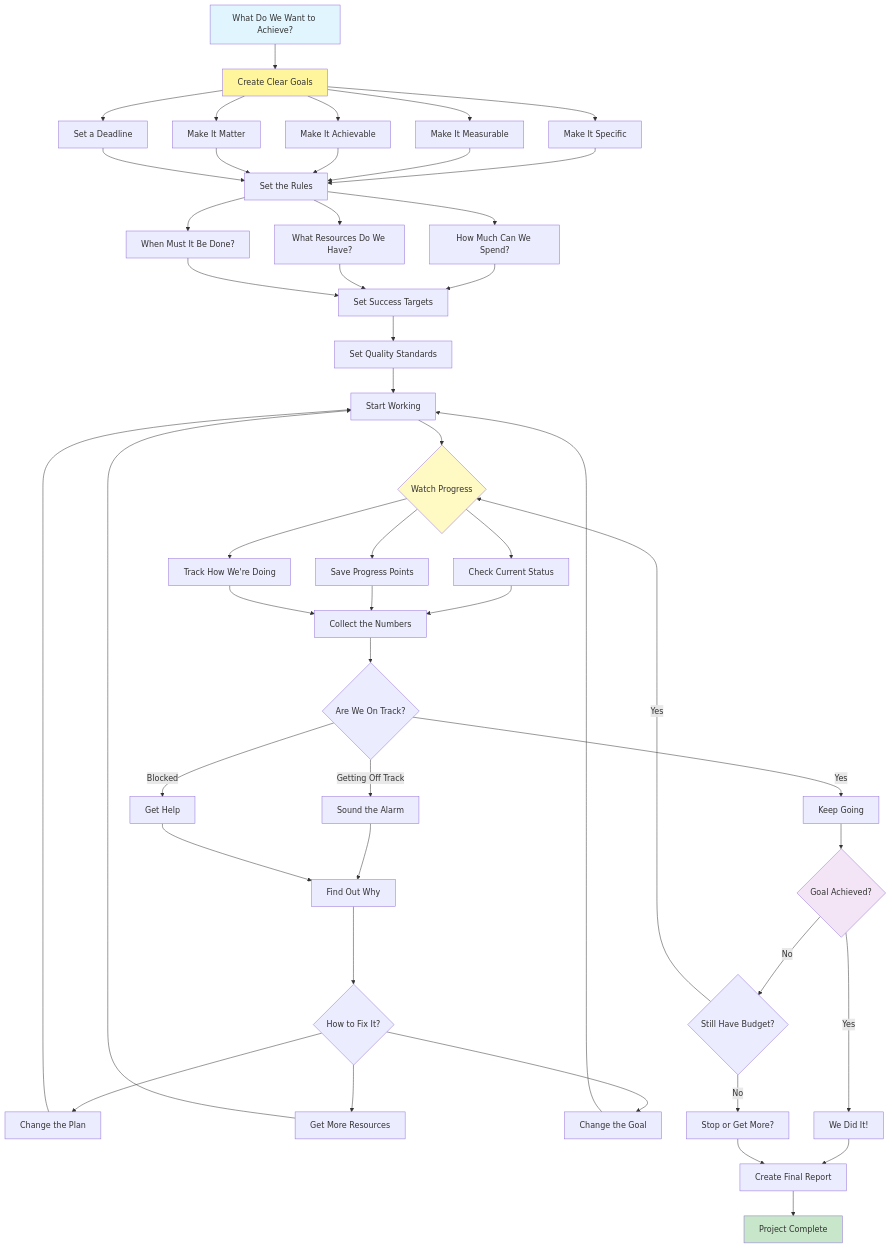
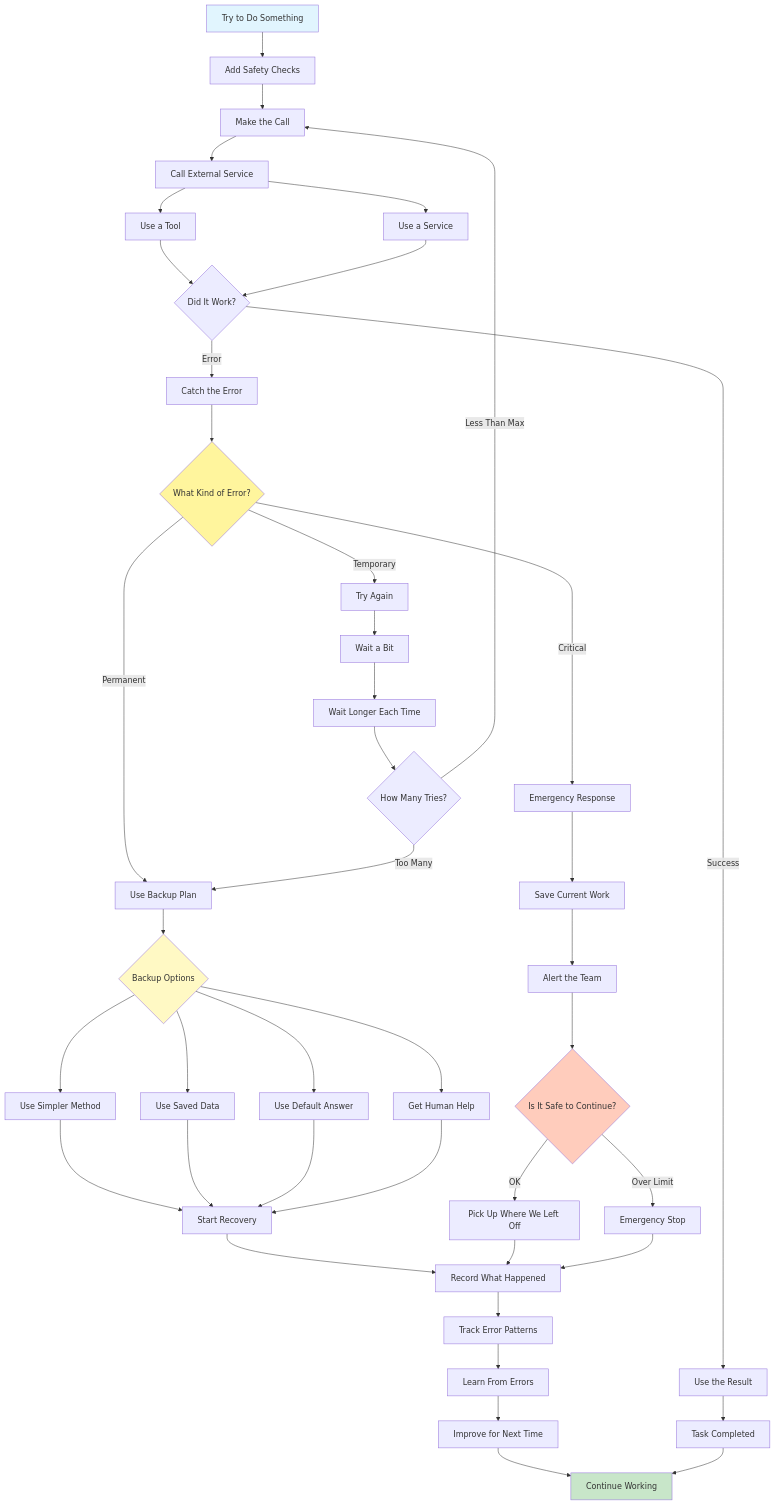
The diagram in diagram.mmd (Adrian-patrick/agentic-ai-design-patterns), drawn with Mermaid before and after one commit. The commit also changed 11 other files, not shown here.

```diff
--- a/diagram.mmd
+++ b/diagram.mmd
@@ -1,72 +1,64 @@
 graph TD
-    Start[What Do We Want to Achieve?] --> Create[Create Clear Goals]
+    Start[Try to Do Something] --> Wrap[Add Safety Checks]
     
-    Create --> Specific[Make It Specific]
-    Create --> Measurable[Make It Measurable]
-    Create --> Achievable[Make It Achievable]
-    Create --> Relevant[Make It Matter]
-    Create --> TimeBound[Set a Deadline]
+    Wrap --> Call[Make the Call]
+    Call --> External[Call External Service]
+    External --> Tool[Use a Tool]
+    External --> Service[Use a Service]
     
-    Specific --> Rules[Set the Rules]
-    Measurable --> Rules
-    Achievable --> Rules
-    Relevant --> Rules
-    TimeBound --> Rules
+    Tool --> Result{Did It Work?}
+    Service --> Result
     
-    Rules --> Budget[How Much Can We Spend?]
-    Rules --> Resources[What Resources Do We Have?]
-    Rules --> Deadline[When Must It Be Done?]
+    Result -->|Success| Process[Use the Result]
+    Result -->|Error| Catch[Catch the Error]
     
-    Budget --> Targets[Set Success Targets]
-    Resources --> Targets
-    Deadline --> Targets
+    Catch --> WhatKind{What Kind of Error?}
     
-    Targets --> Quality[Set Quality Standards]
-    Quality --> Start_Work[Start Working]
+    WhatKind -->|Temporary| Retry[Try Again]
+    WhatKind -->|Permanent| Backup[Use Backup Plan]
+    WhatKind -->|Critical| Emergency[Emergency Response]
     
-    Start_Work --> Watch{Watch Progress}
+    Retry --> Wait[Wait a Bit]
+    Wait --> AddTime[Wait Longer Each Time]
+    AddTime --> Count{How Many Tries?}
     
-    Watch --> Status[Check Current Status]
-    Watch --> Save[Save Progress Points]
-    Watch --> Track[Track How We're Doing]
+    Count -->|Less Than Max| Call
+    Count -->|Too Many| Backup
     
-    Status --> Numbers[Collect the Numbers]
-    Save --> Numbers
-    Track --> Numbers
+    Backup --> Options{Backup Options}
     
-    Numbers --> Compare{Are We On Track?}
+    Options --> Simple[Use Simpler Method]
+    Options --> Saved[Use Saved Data]
+    Options --> Default[Use Default Answer]
+    Options --> Human[Get Human Help]
     
-    Compare -->|Yes| Continue[Keep Going]
-    Compare -->|Getting Off Track| Alert[Sound the Alarm]
-    Compare -->|Blocked| Escalate[Get Help]
+    Simple --> Recover[Start Recovery]
+    Saved --> Recover
+    Default --> Recover
+    Human --> Recover
     
-    Alert --> Why[Find Out Why]
-    Escalate --> Why
+    Emergency --> SaveWork[Save Current Work]
+    SaveWork --> Alert[Alert the Team]
     
-    Why --> Fix{How to Fix It?}
+    Alert --> Safety{Is It Safe to Continue?}
     
-    Fix --> Adjust[Change the Plan]
-    Fix --> More_Resources[Get More Resources]
-    Fix --> Change_Goal[Change the Goal]
+    Safety -->|Over Limit| Stop[Emergency Stop]
+    Safety -->|OK| Resume[Pick Up Where We Left Off]
     
-    Adjust --> Start_Work
-    More_Resources --> Start_Work
-    Change_Goal --> Start_Work
+    Recover --> Record[Record What Happened]
+    Resume --> Record
+    Stop --> Record
     
-    Continue --> Done{Goal Achieved?}
+    Record --> Track[Track Error Patterns]
+    Track --> Learn[Learn From Errors]
     
-    Done -->|Yes| Success[We Did It!]
-    Done -->|No| Check_Budget{Still Have Budget?}
-    
-    Check_Budget -->|Yes| Watch
-    Check_Budget -->|No| Decision[Stop or Get More?]
-    
-    Success --> Report[Create Final Report]
-    Decision --> Report
-    Report --> End[Project Complete]
+    Learn --> Improve[Improve for Next Time]
+    Process --> Success[Task Completed]
+    Improve --> End[Continue Working]
+    Success --> End
 
     style Start fill:#e1f5fe
-    style Create fill:#fff59d
-    style Watch fill:#fff9c4
-    style Done fill:#f3e5f5
+    style WhatKind fill:#fff59d
+    style Options fill:#fff9c4
+    style Safety fill:#ffccbc
     style End fill:#c8e6c9
```
